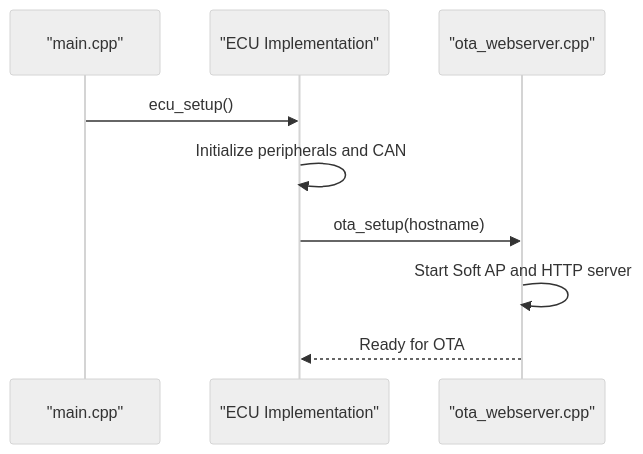
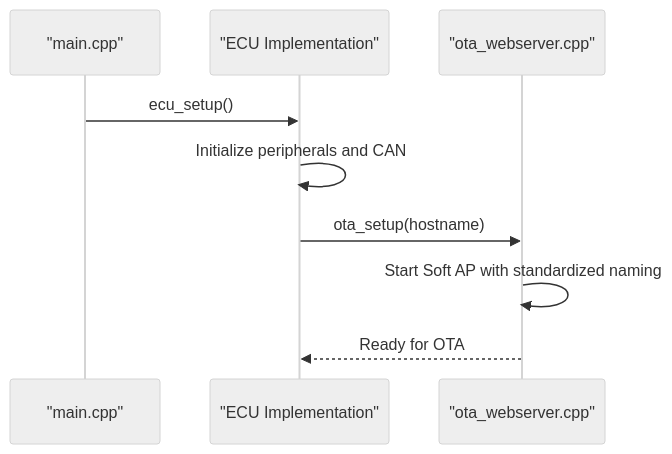
The fourth of 8 diagrams in .qoder/repowiki/en/content/OTA Firmware Updates/OTA Firmware Updates.md (gunicsba/ESP_CAN_ECU_joystick_collection), drawn with Mermaid (neutral theme) before and after one commit. The commit also changed other lines of this file and 15 other files, not shown here.

````diff
--- a/.qoder/repowiki/en/content/OTA Firmware Updates/OTA Firmware Updates.md
+++ b/.qoder/repowiki/en/content/OTA Firmware Updates/OTA Firmware Updates.md
@@ -166,11 +179,11 @@
 ```mermaid
 sequenceDiagram
 participant Main as "main.cpp"
 participant ECU as "ECU Implementation"
 participant OTA as "ota_webserver.cpp"
 Main->>ECU : ecu_setup()
 ECU->>ECU : Initialize peripherals and CAN
 ECU->>OTA : ota_setup(hostname)
-OTA->>OTA : Start Soft AP and HTTP server
+OTA->>OTA : Start Soft AP with standardized naming
 OTA-->>ECU : Ready for OTA
 ```
````
